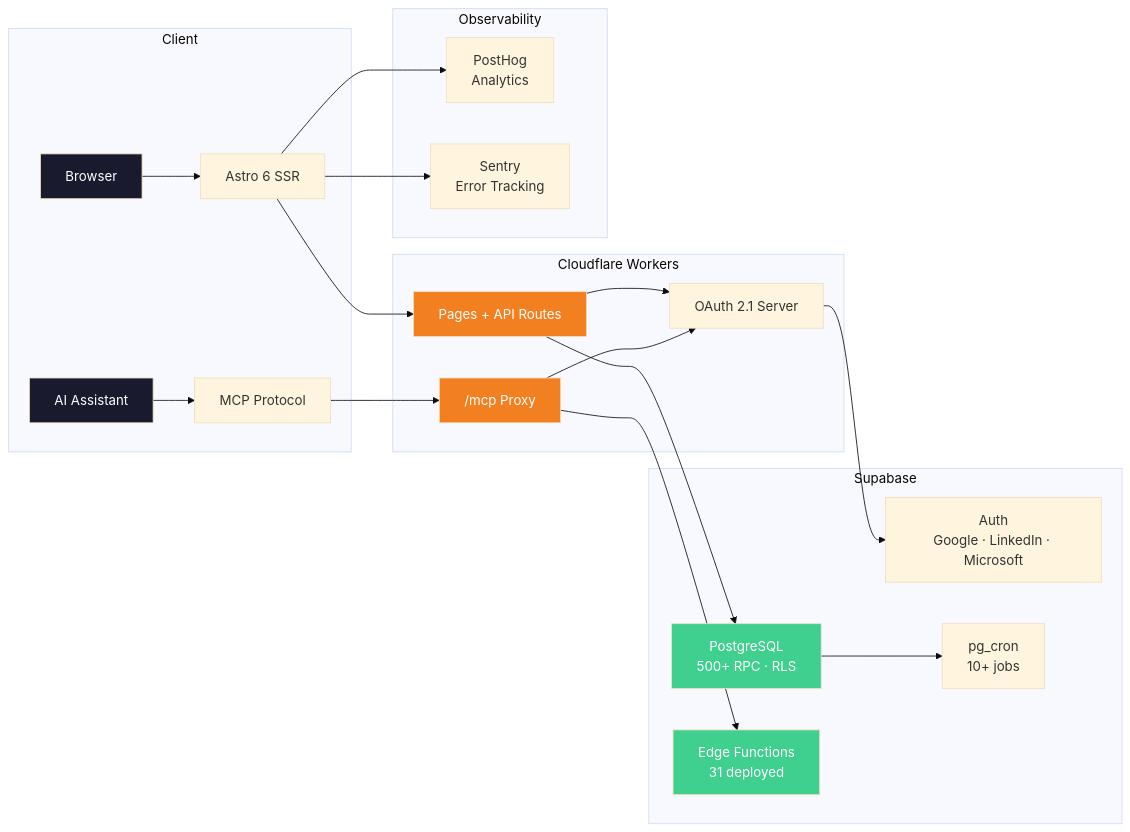
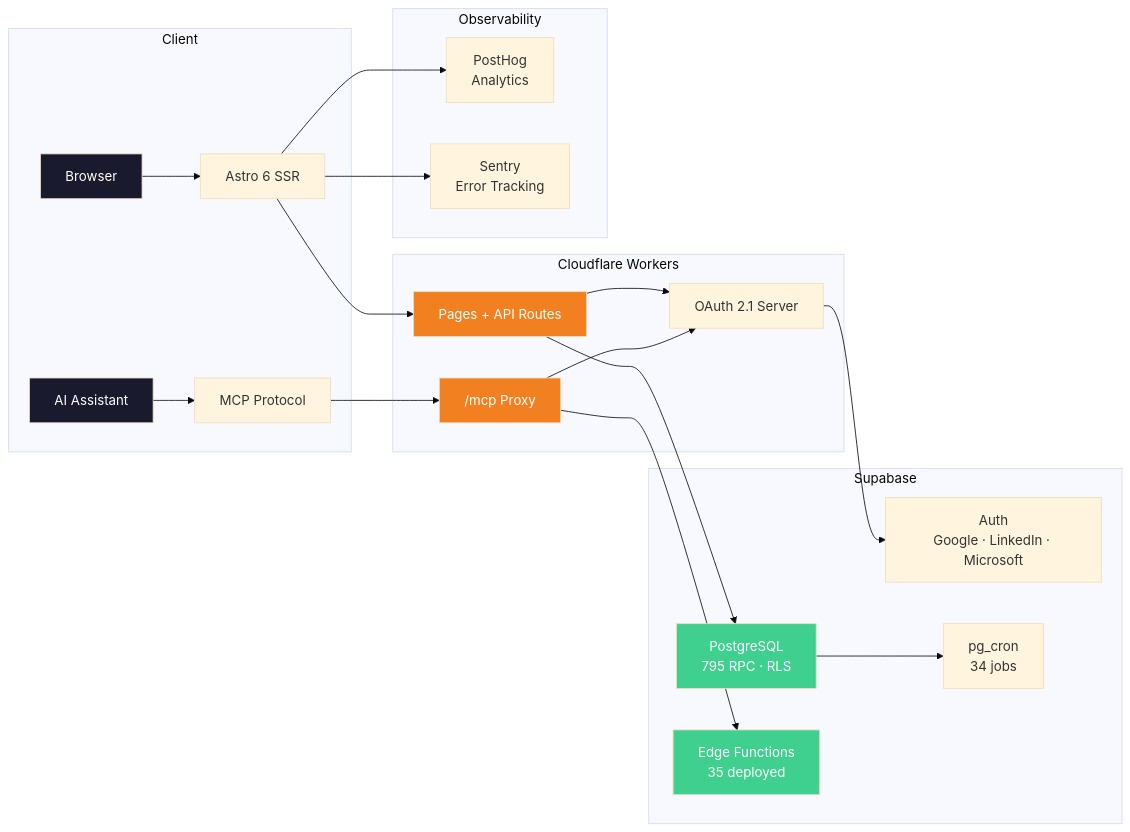
Before and after one commit to VitorMRodovalho/ai-pm-research-hub: the first of 2 diagrams in README.md, drawn with Mermaid (base theme). The commit also changed other lines of this file and 3 other files, not shown here.

````diff
--- a/README.md
+++ b/README.md
@@ -68,33 +70,33 @@
 ```mermaid
 graph LR
     subgraph Client
         A[Browser] --> B[Astro 6 SSR]
         C[AI Assistant] --> D[MCP Protocol]
     end
 
     subgraph "Cloudflare Workers"
         B --> E[Pages + API Routes]
         D --> F["/mcp Proxy"]
         E --> G[OAuth 2.1 Server]
         F --> G
     end
 
     subgraph "Supabase"
         G --> H[Auth<br/>Google · LinkedIn · Microsoft]
-        E --> I[PostgreSQL<br/>500+ RPC · RLS]
-        F --> J[Edge Functions<br/>31 deployed]
-        I --> K[pg_cron<br/>10+ jobs]
+        E --> I[PostgreSQL<br/>795 RPC · RLS]
+        F --> J[Edge Functions<br/>35 deployed]
+        I --> K[pg_cron<br/>34 jobs]
     end
 
     subgraph "Observability"
         B --> L[PostHog<br/>Analytics]
         B --> M[Sentry<br/>Error Tracking]
     end
 
     style A fill:#1a1a2e,color:#fff
     style C fill:#1a1a2e,color:#fff
     style E fill:#F38020,color:#fff
     style F fill:#F38020,color:#fff
     style I fill:#3FCF8E,color:#fff
     style J fill:#3FCF8E,color:#fff
 ```
````
